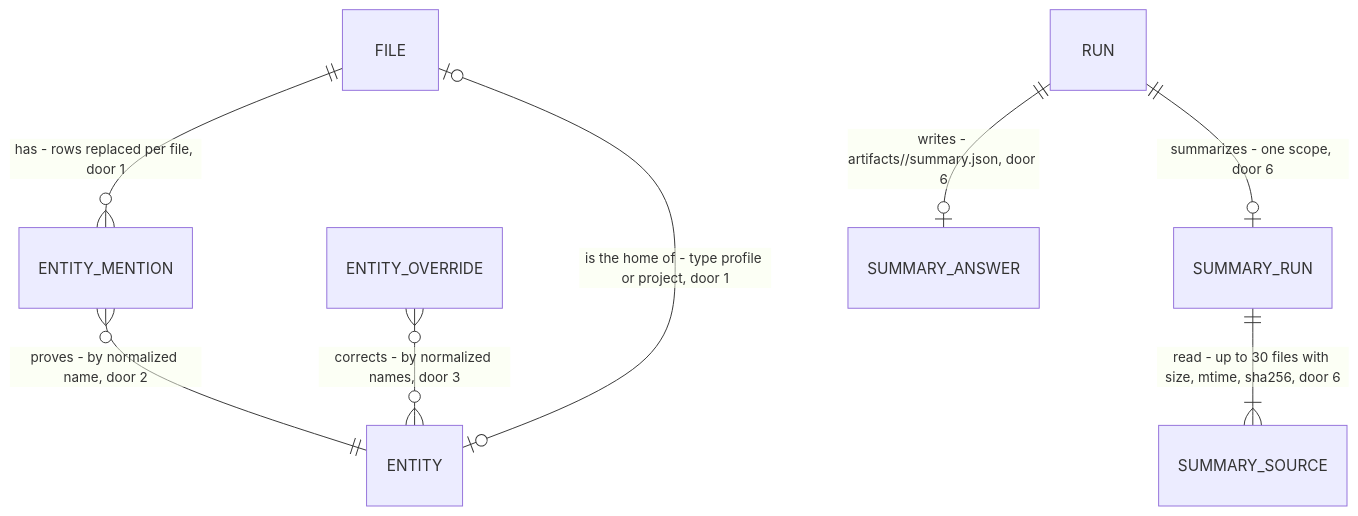
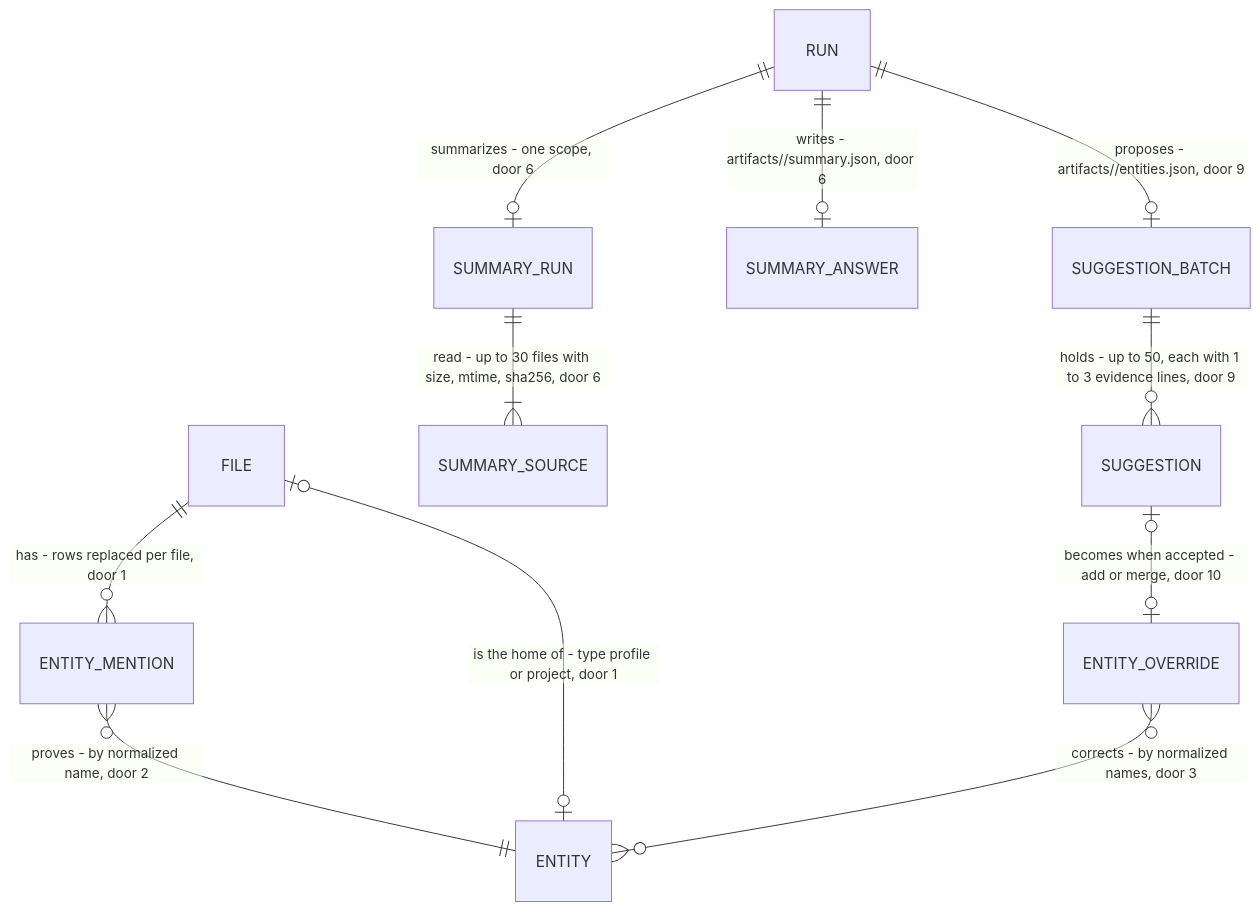
Before and after one commit to tvpl/agentic-os: the second of 2 diagrams in .specs/features/cerebro-entidades-resumos/plan.md, drawn with Mermaid. The commit also changed other lines of this file, not shown here.

First line of the commit message:
docs(specs): add llm entity suggestions to cerebro-entidades-resumos

````diff
--- a/.specs/features/cerebro-entidades-resumos/plan.md
+++ b/.specs/features/cerebro-entidades-resumos/plan.md
@@ -112,10 +126,13 @@
 ```mermaid
 erDiagram
     FILE ||--o{ ENTITY_MENTION : "has - rows replaced per file, door 1"
     ENTITY_MENTION }o--|| ENTITY : "proves - by normalized name, door 2"
     ENTITY_OVERRIDE }o--o{ ENTITY : "corrects - by normalized names, door 3"
     FILE |o--o| ENTITY : "is the home of - type profile or project, door 1"
     RUN ||--o| SUMMARY_RUN : "summarizes - one scope, door 6"
     SUMMARY_RUN ||--|{ SUMMARY_SOURCE : "read - up to 30 files with size, mtime, sha256, door 6"
     RUN ||--o| SUMMARY_ANSWER : "writes - artifacts/<run>/summary.json, door 6"
+    RUN ||--o| SUGGESTION_BATCH : "proposes - artifacts/<run>/entities.json, door 9"
+    SUGGESTION_BATCH ||--o{ SUGGESTION : "holds - up to 50, each with 1 to 3 evidence lines, door 9"
+    SUGGESTION |o--o| ENTITY_OVERRIDE : "becomes when accepted - add or merge, door 10"
 ```
````
